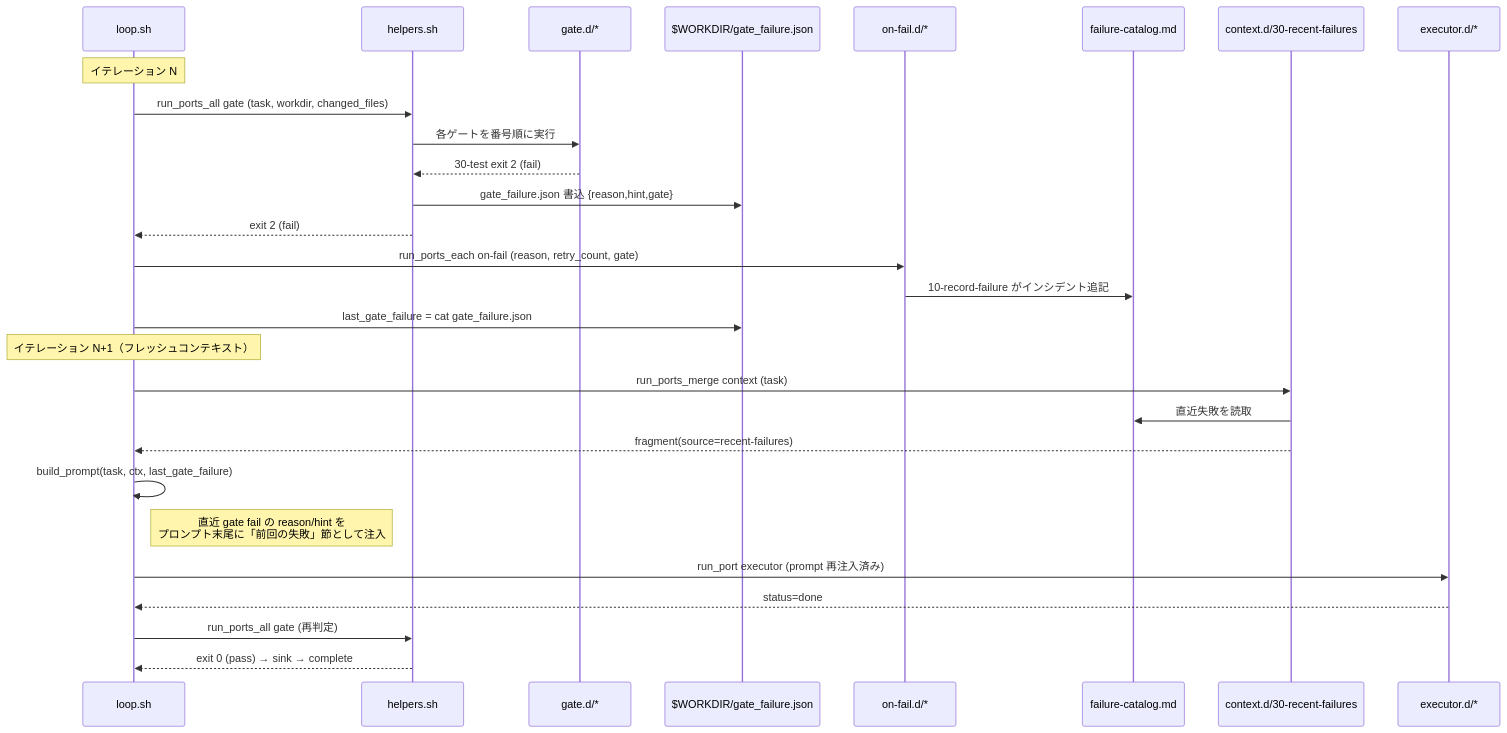
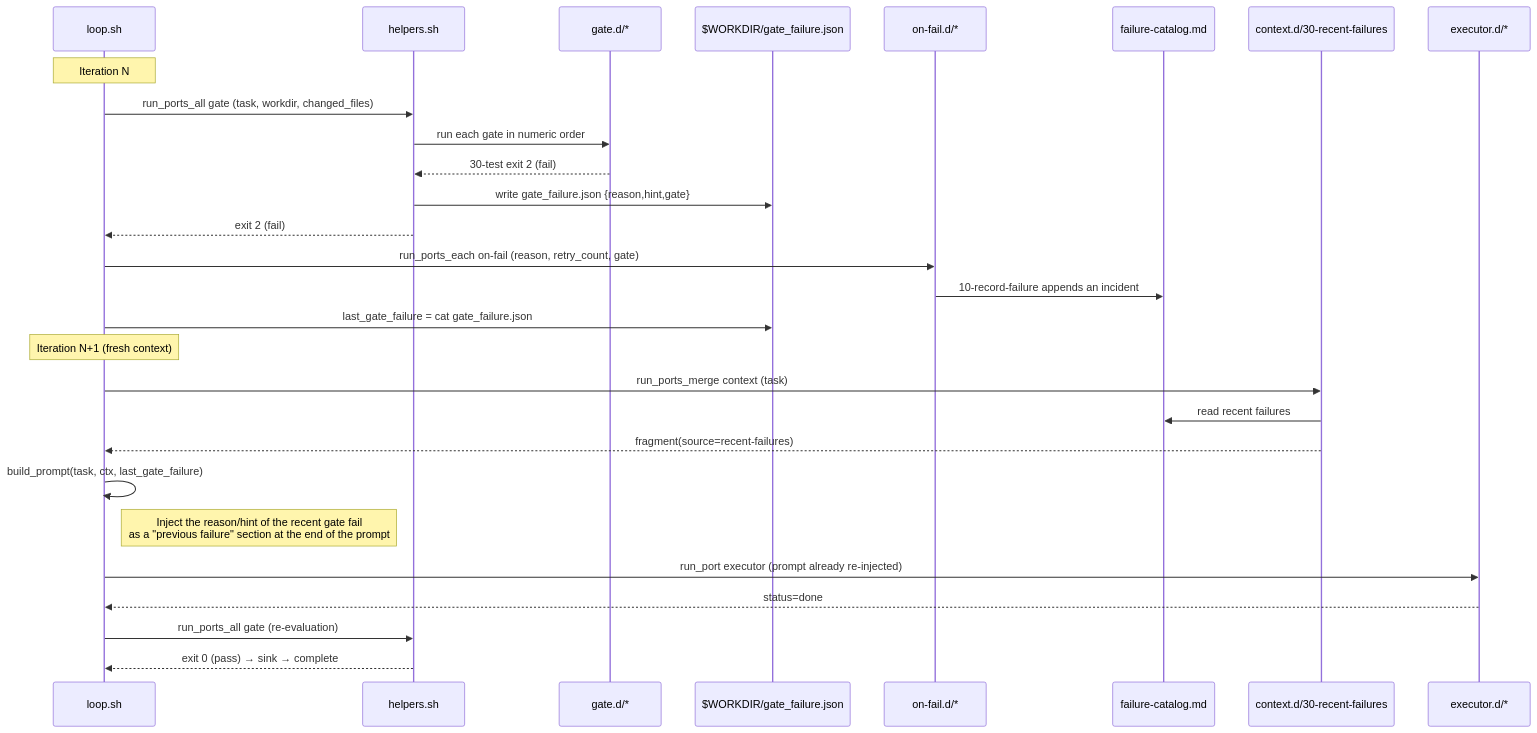
Before and after one commit to tsurupong/halo: the diagram in docs/design/01-core-loop-and-ports.md, drawn with Mermaid. The commit also changed other lines of this file and 44 other files, not shown here.

````diff
--- a/docs/design/01-core-loop-and-ports.md
+++ b/docs/design/01-core-loop-and-ports.md
@@ -377,32 +377,32 @@
 ```mermaid
 sequenceDiagram
     participant L as loop.sh
     participant H as helpers.sh
     participant G as gate.d/*
     participant W as $WORKDIR/gate_failure.json
     participant OF as on-fail.d/*
     participant FC as failure-catalog.md
     participant CTX as context.d/30-recent-failures
     participant EX as executor.d/*
 
-    Note over L: イテレーション N
+    Note over L: Iteration N
     L->>H: run_ports_all gate (task, workdir, changed_files)
-    H->>G: 各ゲートを番号順に実行
+    H->>G: run each gate in numeric order
     G-->>H: 30-test exit 2 (fail)
-    H->>W: gate_failure.json 書込 {reason,hint,gate}
+    H->>W: write gate_failure.json {reason,hint,gate}
     H-->>L: exit 2 (fail)
     L->>OF: run_ports_each on-fail (reason, retry_count, gate)
-    OF->>FC: 10-record-failure がインシデント追記
+    OF->>FC: 10-record-failure appends an incident
     L->>W: last_gate_failure = cat gate_failure.json
 
-    Note over L: イテレーション N+1（フレッシュコンテキスト）
+    Note over L: Iteration N+1 (fresh context)
     L->>CTX: run_ports_merge context (task)
-    CTX->>FC: 直近失敗を読取
+    CTX->>FC: read recent failures
     CTX-->>L: fragment(source=recent-failures)
     L->>L: build_prompt(task, ctx, last_gate_failure)
-    Note right of L: 直近 gate fail の reason/hint を<br/>プロンプト末尾に「前回の失敗」節として注入
-    L->>EX: run_port executor (prompt 再注入済み)
+    Note right of L: Inject the reason/hint of the recent gate fail<br/>as a "previous failure" section at the end of the prompt
+    L->>EX: run_port executor (prompt already re-injected)
     EX-->>L: status=done
-    L->>H: run_ports_all gate (再判定)
+    L->>H: run_ports_all gate (re-evaluation)
     H-->>L: exit 0 (pass) → sink → complete
 ```
````
